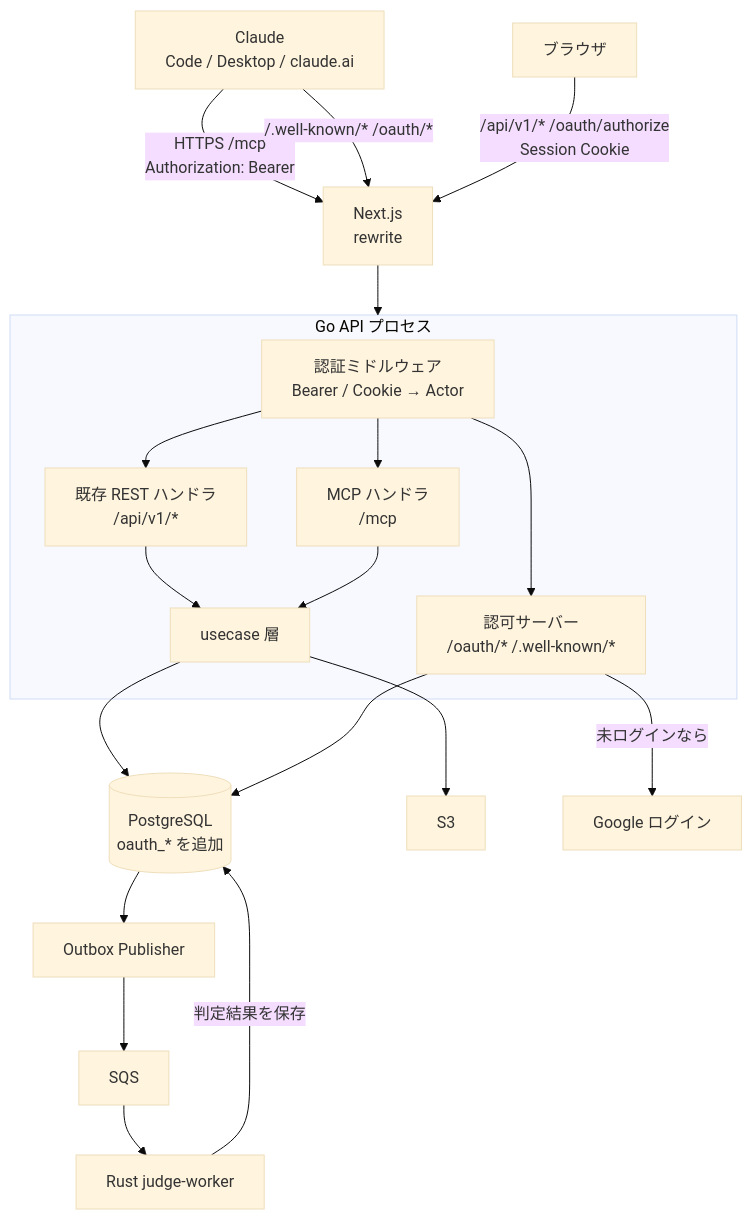
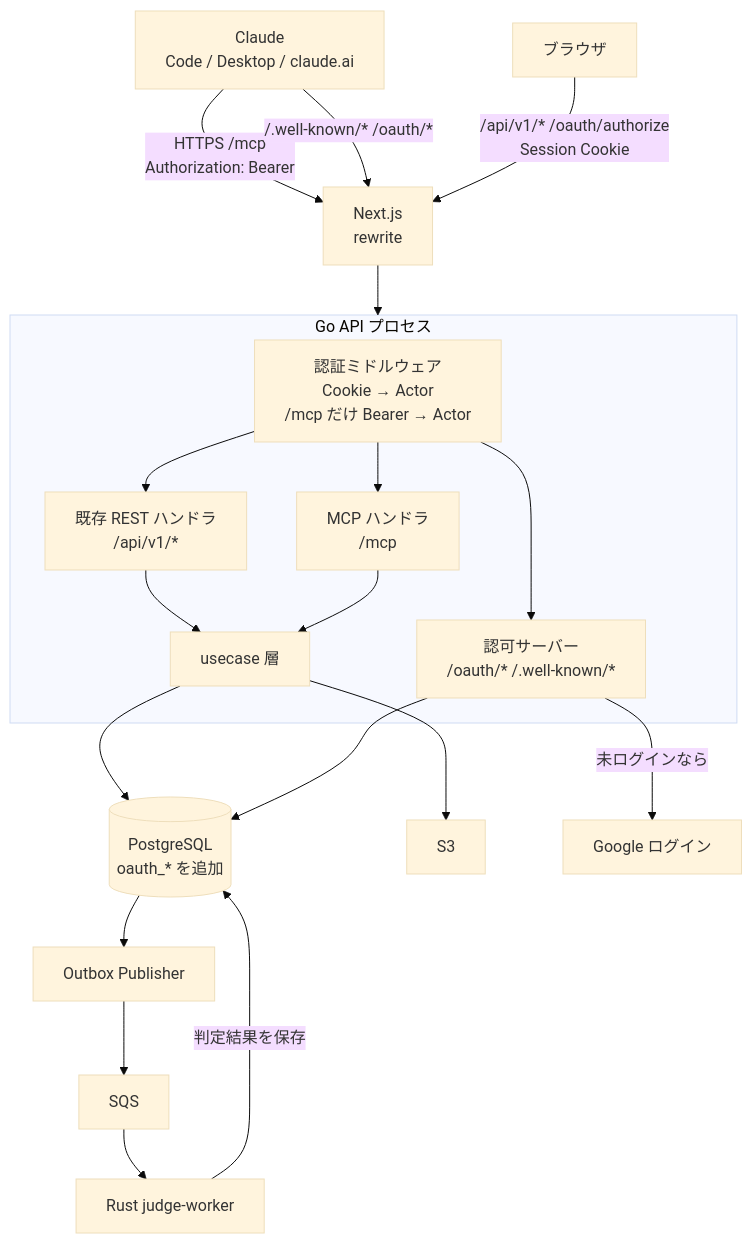
One commit to tagokoro/tag-judge changed the first of 6 diagrams in docs/mcp-server-design.md. Above: the diagram before and after it, drawn with Mermaid (base theme). The commit also changed other lines of this file and 2 other files, not shown here.

First line of the commit message:
fix(backend): accept OAuth tokens only on /mcp

````diff
--- a/docs/mcp-server-design.md
+++ b/docs/mcp-server-design.md
@@ -16,29 +16,29 @@
 ```mermaid
 flowchart TD
     Claude[Claude<br/>Code / Desktop / claude.ai] -->|HTTPS /mcp<br/>Authorization: Bearer| Front
     Claude -->|/.well-known/* /oauth/*| Front
     Browser[ブラウザ] -->|/api/v1/* /oauth/authorize<br/>Session Cookie| Front
     Front[Next.js<br/>rewrite] --> API
 
     subgraph API[Go API プロセス]
-        AuthMW[認証ミドルウェア<br/>Bearer / Cookie → Actor]
+        AuthMW[認証ミドルウェア<br/>Cookie → Actor<br/>/mcp だけ Bearer → Actor]
         REST[既存 REST ハンドラ<br/>/api/v1/*]
         MCP[MCP ハンドラ<br/>/mcp]
         OAuth[認可サーバー<br/>/oauth/* /.well-known/*]
         UC[usecase 層]
         AuthMW --> REST
         AuthMW --> MCP
         AuthMW --> OAuth
         REST --> UC
         MCP --> UC
     end
 
     UC --> DB[(PostgreSQL<br/>oauth_* を追加)]
     OAuth --> DB
     UC --> S3[S3]
     DB --> Publisher[Outbox Publisher]
     Publisher --> SQS[SQS]
     SQS --> Worker[Rust judge-worker]
     Worker -->|判定結果を保存| DB
     OAuth -->|未ログインなら| Google[Google ログイン]
 ```
````
